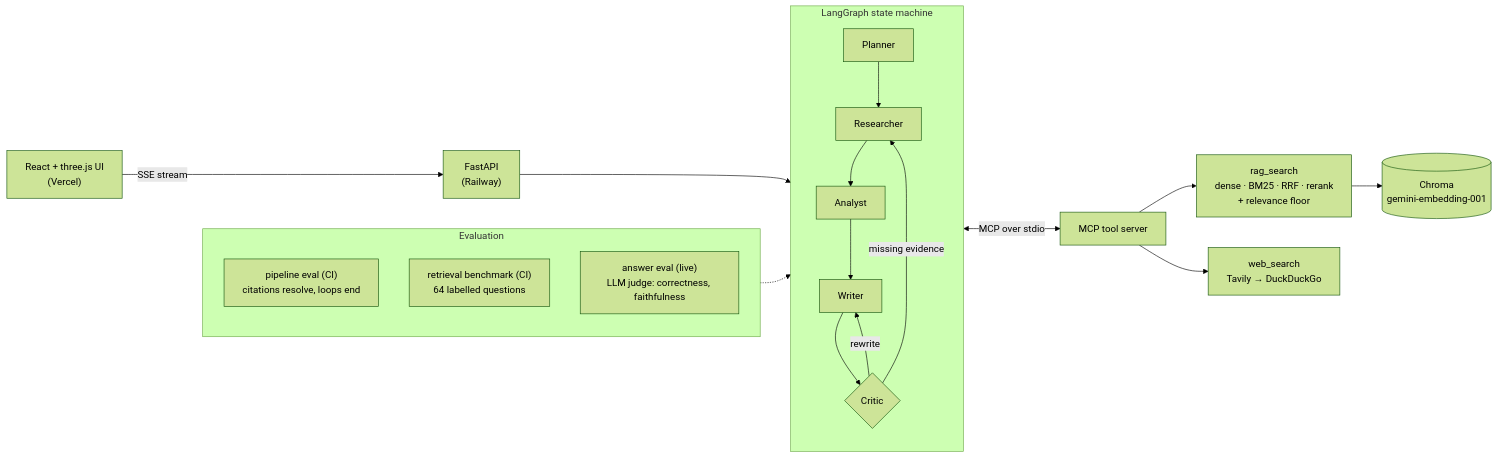
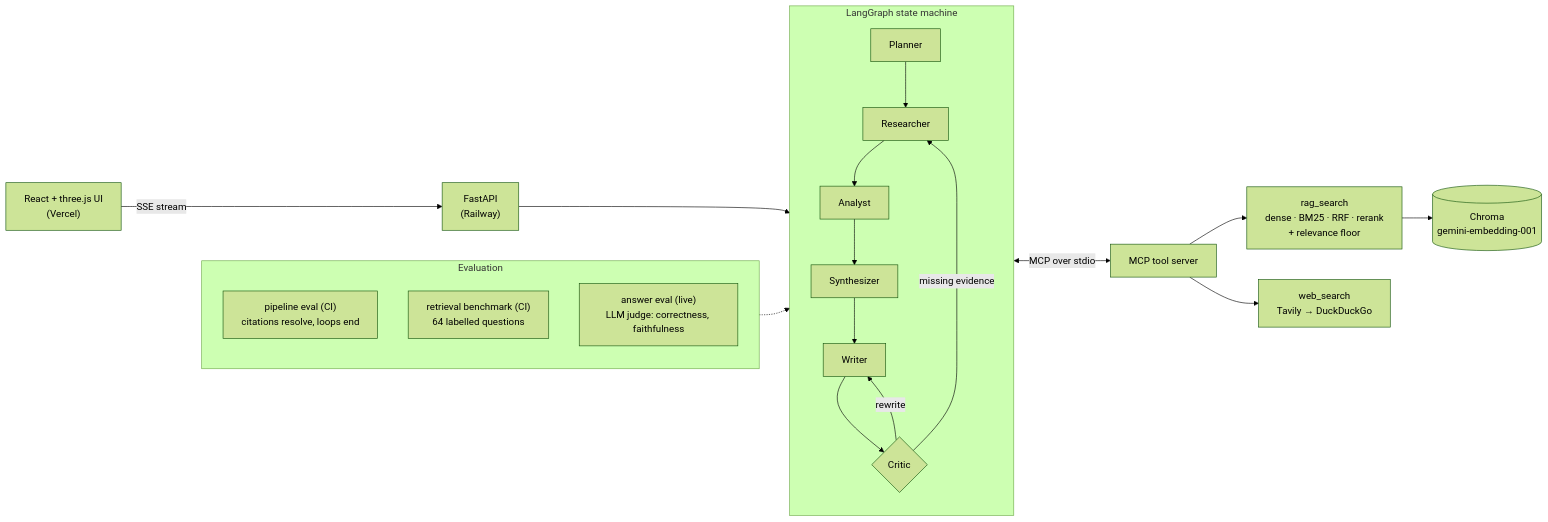
The diagram in README.md (rahuldabola/agentdesk), drawn with Mermaid (forest theme) before and after one commit. The commit also changed other lines of this file and 13 other files, not shown here.

````diff
--- a/README.md
+++ b/README.md
@@ -65,25 +68,25 @@
 ```mermaid
 flowchart LR
     UI["React + three.js UI<br/>(Vercel)"] -- "SSE stream" --> API["FastAPI<br/>(Railway)"]
     API --> G
 
     subgraph G["LangGraph state machine"]
         direction TB
-        P[Planner] --> R[Researcher] --> A[Analyst] --> W[Writer] --> C{Critic}
+        P[Planner] --> R[Researcher] --> A[Analyst] --> S[Synthesizer] --> W[Writer] --> C{Critic}
         C -- "rewrite" --> W
         C -- "missing evidence" --> R
     end
 
     R <-- "MCP over stdio" --> T["MCP tool server"]
     T --> RAG["rag_search<br/>dense · BM25 · RRF · rerank<br/>+ relevance floor"]
     T --> WEB["web_search<br/>Tavily → DuckDuckGo"]
     RAG --> DB[("Chroma<br/>gemini-embedding-001")]
 
     subgraph EVAL["Evaluation"]
         direction TB
         E1["pipeline eval (CI)<br/>citations resolve, loops end"]
         E2["retrieval benchmark (CI)<br/>64 labelled questions"]
         E3["answer eval (live)<br/>LLM judge: correctness, faithfulness"]
     end
     EVAL -.-> G
 ```
````
